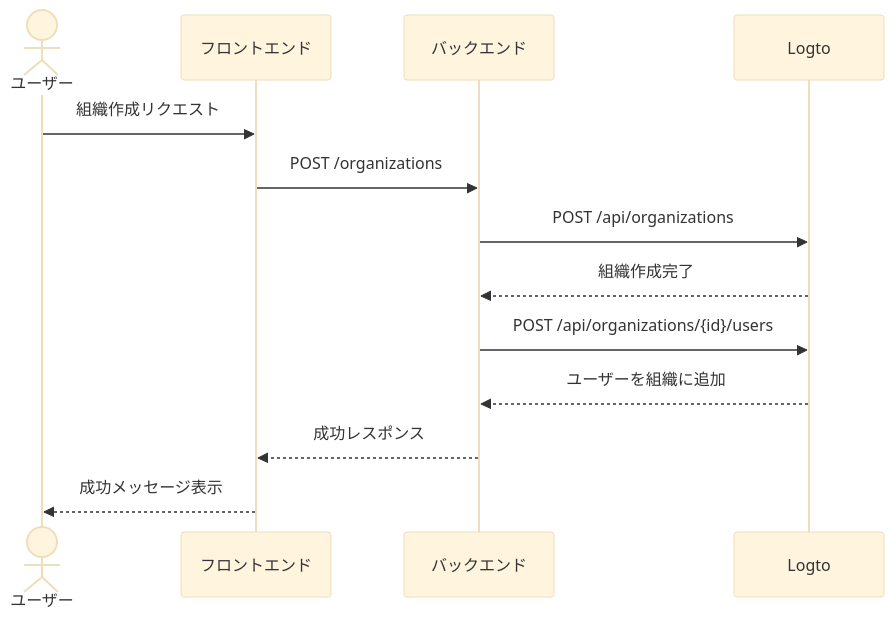
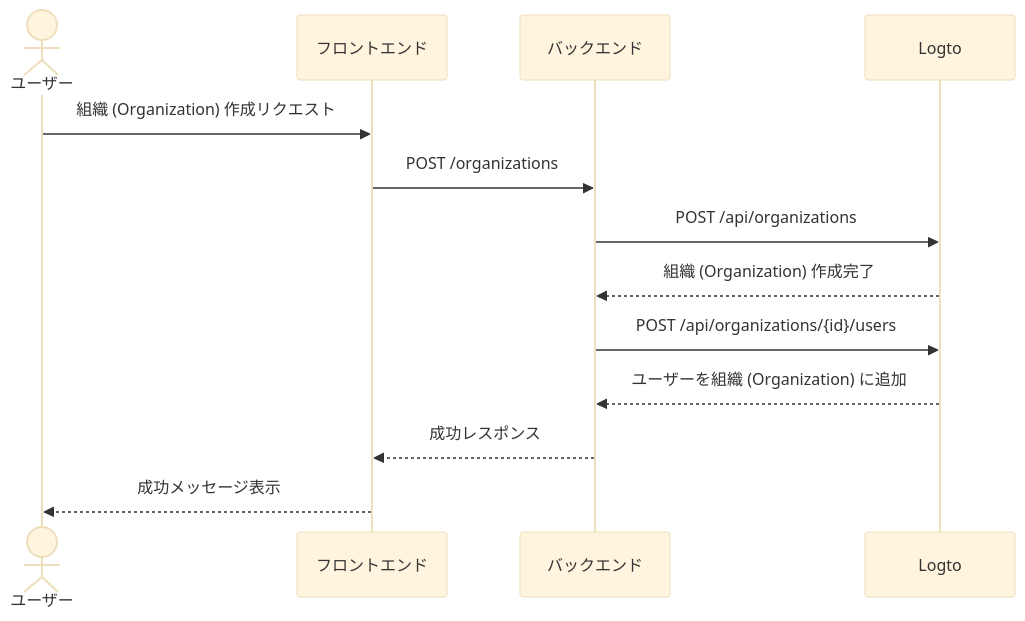
One commit to logto-io/docs changed the seventh of 7 diagrams in i18n/ja/docusaurus-plugin-content-docs/current/use-cases/multi-tenancy/build-multi-tenant-saas-application.mdx. Above: the diagram before and after it, drawn with Mermaid (base theme). The commit also changed other lines of this file and 74 other files, not shown here.

````diff
--- a/i18n/ja/docusaurus-plugin-content-docs/current/use-cases/multi-tenancy/build-multi-tenant-saas-application.mdx
+++ b/i18n/ja/docusaurus-plugin-content-docs/current/use-cases/multi-tenancy/build-multi-tenant-saas-application.mdx
@@ -572,16 +572,16 @@
 ```mermaid
 sequenceDiagram
   actor A as ユーザー
   participant B as フロントエンド
   participant C as バックエンド
   participant D as Logto
 
-  A->>B: 組織作成リクエスト
+  A->>B: 組織 (Organization) 作成リクエスト
   B->>C: POST /organizations
   C->>D: POST /api/organizations
-  D-->>C: 組織作成完了
+  D-->>C: 組織 (Organization) 作成完了
   C->>D: POST /api/organizations/{id}/users
-  D-->>C: ユーザーを組織に追加
+  D-->>C: ユーザーを組織 (Organization) に追加
   C-->>B: 成功レスポンス
   B-->>A: 成功メッセージ表示
 ```
````
